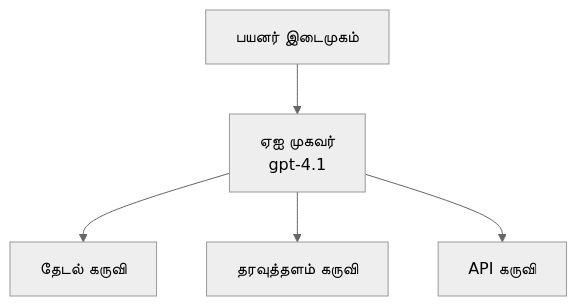
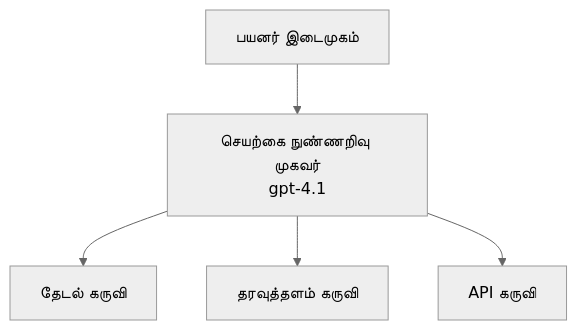
The first of 3 diagrams in translations/ta/docs/chapter-02-ai-development/agents.md (microsoft/AZD-for-beginners), drawn with Mermaid (neutral theme) before and after one commit. The commit also changed other lines of this file and 104 other files, not shown here.

````diff
--- a/translations/ta/docs/chapter-02-ai-development/agents.md
+++ b/translations/ta/docs/chapter-02-ai-development/agents.md
@@ -157,7 +162,7 @@
 ```mermaid
 graph TD
-    UI[பயனர் இடைமுகம்] --> Agent[ஏஐ முகவர்<br/>gpt-4.1]
+    UI[பயனர் இடைமுகம்] --> Agent[செயற்கை நுண்ணறிவு முகவர்<br/>gpt-4.1]
     Agent --> Search[தேடல் கருவி]
     Agent --> Database[தரவுத்தளம் கருவி]
     Agent --> API[API கருவி]
 ```
````
